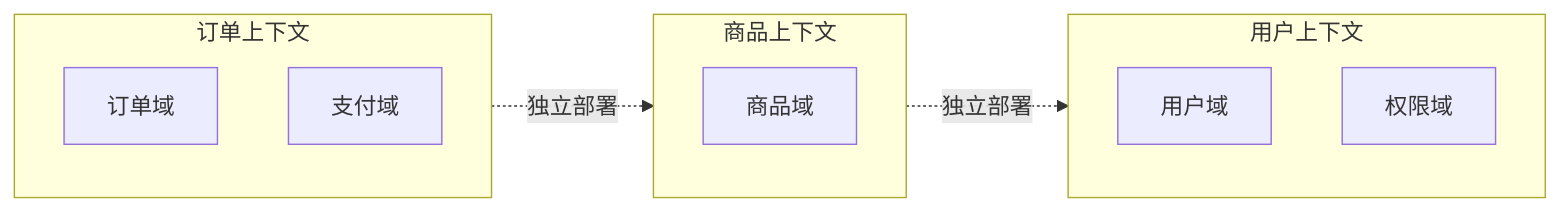
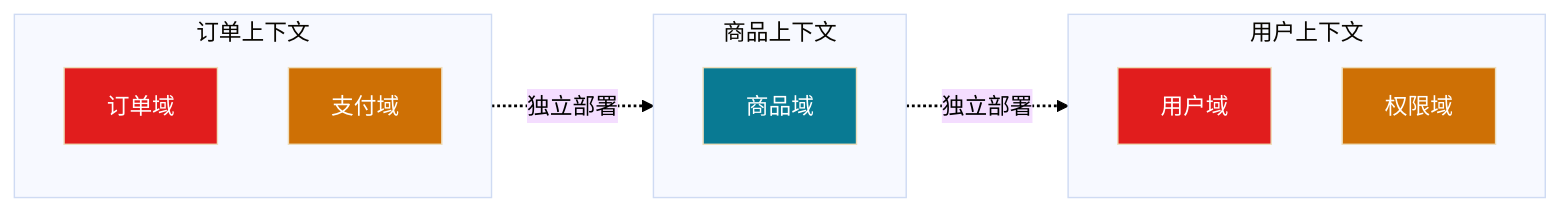
The sixth of 12 diagrams in domain-driven-design/一文搞懂DDD领域驱动设计.md (microwind/design-patterns), drawn with Mermaid before and after one commit. The commit also changed other lines of this file, not shown here.

````diff
--- a/domain-driven-design/一文搞懂DDD领域驱动设计.md
+++ b/domain-driven-design/一文搞懂DDD领域驱动设计.md
@@ -200,19 +225,29 @@
 ```mermaid
+%%{init: {'theme': 'base', 'themeVariables': { 'sectionBkgColor': '#e9ecef', 'altSectionBkgColor': '#e9ecef', 'gridColor': '#e9ecef'}}}%%
 flowchart LR
     subgraph 订单上下文["订单上下文"]
         订单域["订单域"]
         支付域["支付域"]
     end
     
     subgraph 商品上下文["商品上下文"]
         商品域["商品域"]
     end
     
     subgraph 用户上下文["用户上下文"]
         用户域["用户域"]
         权限域["权限域"]
     end
     
     订单上下文 -.独立部署.-> 商品上下文
     商品上下文 -.独立部署.-> 用户上下文
+    
+    style 订单域 fill:#E11D1D,color:#ffffff
+    style 支付域 fill:#CE7005,color:#FFFFFF
+    style 商品域 fill:#097A93,color:#ffffff
+    style 用户域 fill:#E11D1D,color:#ffffff
+    style 权限域 fill:#CE7005,color:#FFFFFF
+    
+    linkStyle 0 stroke:#000000,stroke-width:2px,color:#000000
+    linkStyle 1 stroke:#000000,stroke-width:2px,color:#000000
 ```
````
